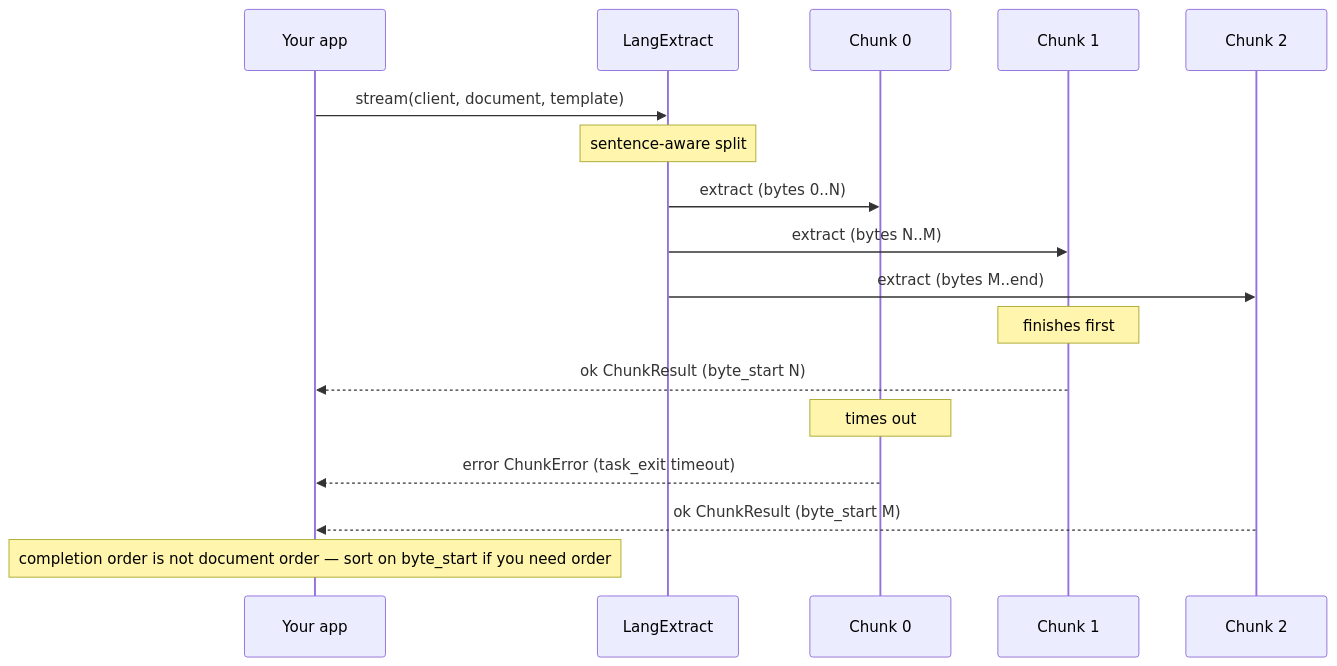
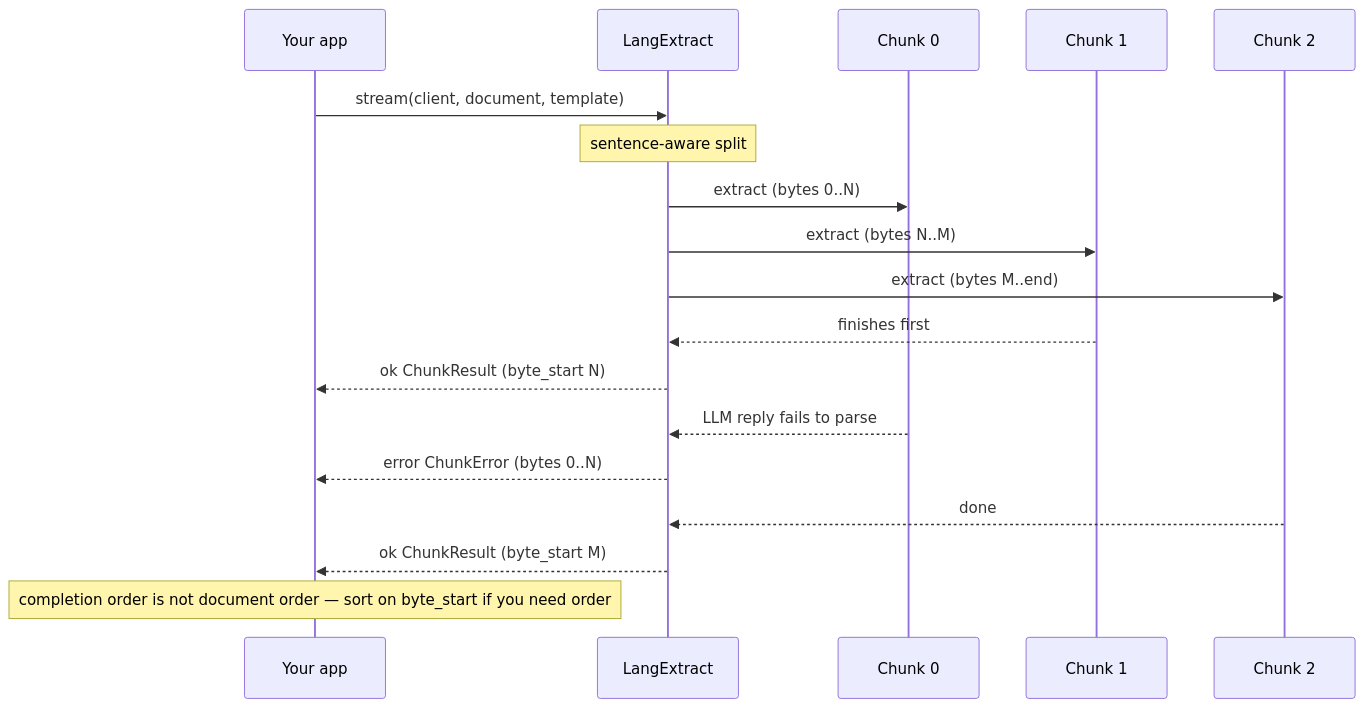
One commit to mdepolli/lang_extract changed the first of 3 diagrams in README.md. Above: the diagram before and after it, drawn with Mermaid. The commit also changed 2 other files, not shown here.

Commit message:
Diagram fixes from review: real arrows, bounded retries, boxed fall-through.

````diff
--- a/README.md
+++ b/README.md
@@ -184,20 +184,21 @@
 ```mermaid
 sequenceDiagram
     participant App as Your app
     participant LE as LangExtract
     participant C0 as Chunk 0
     participant C1 as Chunk 1
     participant C2 as Chunk 2
 
     App->>LE: stream(client, document, template)
     Note over LE: sentence-aware split
     LE->>C0: extract (bytes 0..N)
     LE->>C1: extract (bytes N..M)
     LE->>C2: extract (bytes M..end)
-    Note over C1: finishes first
-    C1-->>App: ok ChunkResult (byte_start N)
-    Note over C0: times out
-    C0-->>App: error ChunkError (task_exit timeout)
-    C2-->>App: ok ChunkResult (byte_start M)
+    C1-->>LE: finishes first
+    LE-->>App: ok ChunkResult (byte_start N)
+    C0-->>LE: LLM reply fails to parse
+    LE-->>App: error ChunkError (bytes 0..N)
+    C2-->>LE: done
+    LE-->>App: ok ChunkResult (byte_start M)
     Note over App: completion order is not document order — sort on byte_start if you need order
 ```
````
